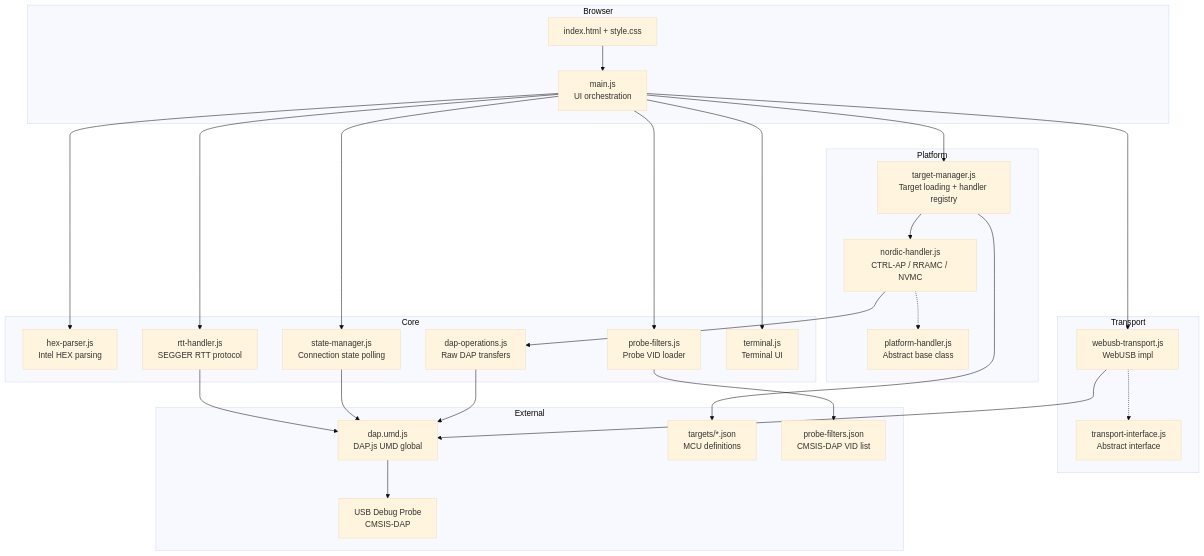
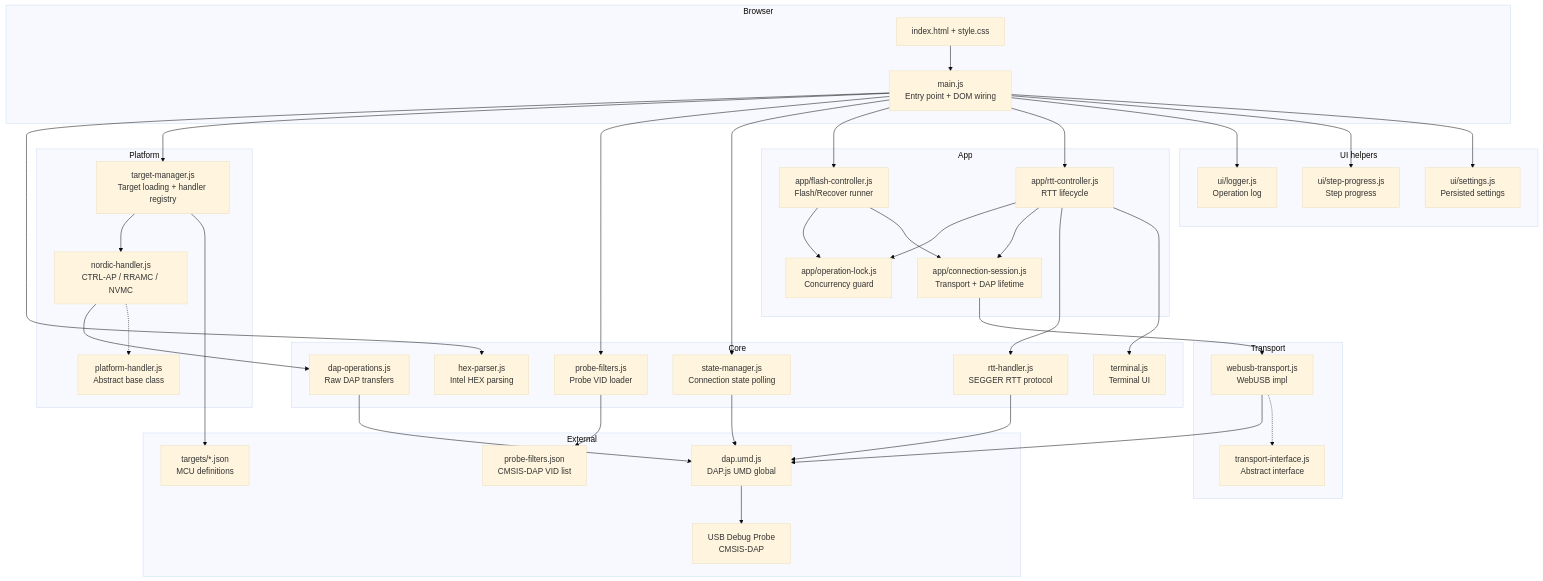
One commit to FreeOCD/freeocd-web changed the first of 2 diagrams in AI_REVIEW.md. Above: the diagram before and after it, drawn with Mermaid (base theme). The commit also changed other lines of this file and 3 other files, not shown here.

Commit message:
Address review: capture RTT poll abort signal, make session dispose idempotent, adopt session tracking in flash controller, update AI_REVIEW.md module list

````diff
--- a/AI_REVIEW.md
+++ b/AI_REVIEW.md
@@ -38,54 +48,76 @@
 ```mermaid
 graph TD
     subgraph Browser
         UI[index.html + style.css]
-        MAIN[main.js<br/>UI orchestration]
+        MAIN[main.js<br/>Entry point + DOM wiring]
+    end
+
+    subgraph App
+        FLASHC[app/flash-controller.js<br/>Flash/Recover runner]
+        RTTC[app/rtt-controller.js<br/>RTT lifecycle]
+        LOCK[app/operation-lock.js<br/>Concurrency guard]
+        SESSION[app/connection-session.js<br/>Transport + DAP lifetime]
+    end
+
+    subgraph UIListeners[UI helpers]
+        LOGGER[ui/logger.js<br/>Operation log]
+        STEPS[ui/step-progress.js<br/>Step progress]
+        SETTINGS[ui/settings.js<br/>Persisted settings]
     end
 
     subgraph Core
         HEX[hex-parser.js<br/>Intel HEX parsing]
         DAP[dap-operations.js<br/>Raw DAP transfers]
         PF[probe-filters.js<br/>Probe VID loader]
         RTT[rtt-handler.js<br/>SEGGER RTT protocol]
         SM[state-manager.js<br/>Connection state polling]
         TERM[terminal.js<br/>Terminal UI]
     end
 
     subgraph Transport
         TI[transport-interface.js<br/>Abstract interface]
         WEBUSB[webusb-transport.js<br/>WebUSB impl]
     end
 
     subgraph Platform
         PH[platform-handler.js<br/>Abstract base class]
         NORDIC[nordic-handler.js<br/>CTRL-AP / RRAMC / NVMC]
         TM[target-manager.js<br/>Target loading + handler registry]
     end
 
     subgraph External
         DAPJS[dap.umd.js<br/>DAP.js UMD global]
         TARGETS[targets/*.json<br/>MCU definitions]
         PROBES[probe-filters.json<br/>CMSIS-DAP VID list]
         DEVICE[USB Debug Probe<br/>CMSIS-DAP]
     end
 
     UI --> MAIN
     MAIN --> HEX
     MAIN --> TM
-    MAIN --> WEBUSB
     MAIN --> PF
-    MAIN --> RTT
     MAIN --> SM
-    MAIN --> TERM
+    MAIN --> FLASHC
+    MAIN --> RTTC
+    MAIN --> LOGGER
+    MAIN --> STEPS
+    MAIN --> SETTINGS
+    FLASHC --> LOCK
+    FLASHC --> SESSION
+    RTTC --> LOCK
+    RTTC --> SESSION
+    RTTC --> RTT
+    RTTC --> TERM
+    SESSION --> WEBUSB
     TM --> NORDIC
     TM --> TARGETS
     PF --> PROBES
     NORDIC --> DAP
     RTT --> DAPJS
     SM --> DAPJS
     WEBUSB --> DAPJS
     DAP --> DAPJS
     DAPJS --> DEVICE
     WEBUSB -.-> TI
     NORDIC -.-> PH
 ```
````
